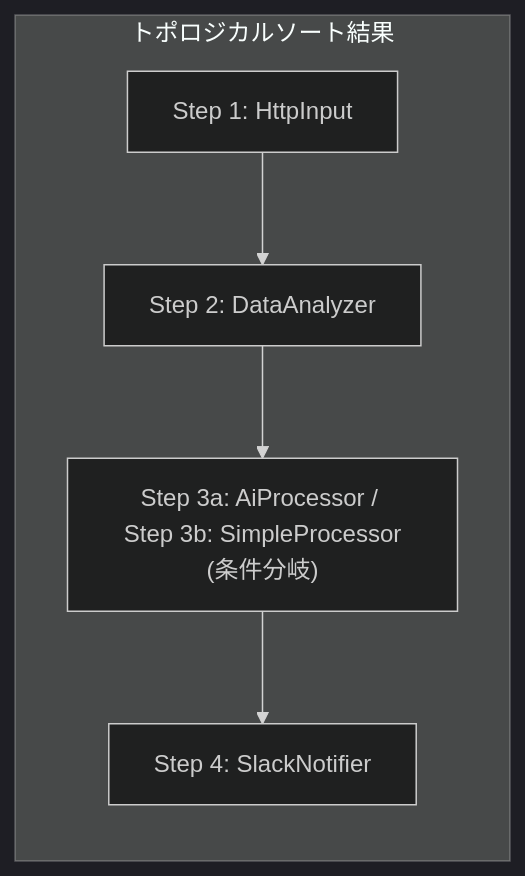
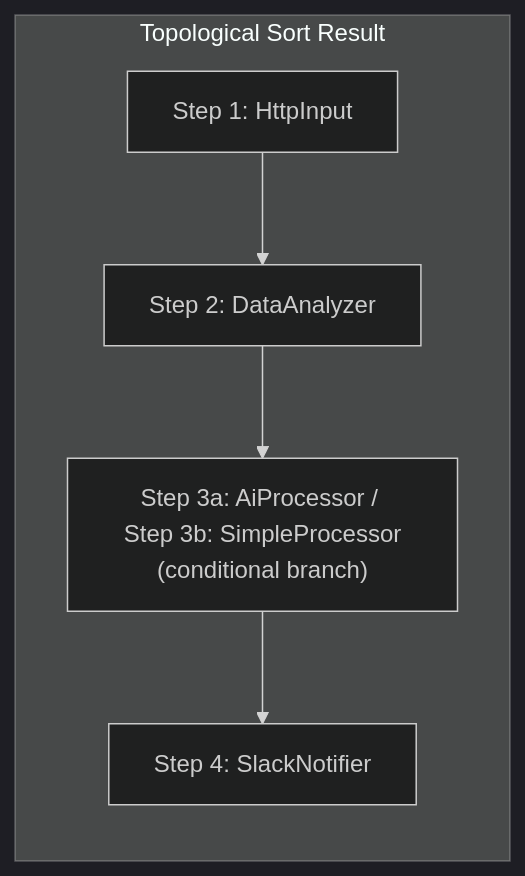
The second of 6 diagrams in docs/content/design/dag-engine.md (smartcrabai/smartcrab), drawn with Mermaid (dark theme) before and after one commit. The commit also changed other lines of this file and 19 other files, not shown here.

````diff
--- a/docs/content/design/dag-engine.md
+++ b/docs/content/design/dag-engine.md
@@ -68,11 +68,11 @@
 ```mermaid
 flowchart TD
-    subgraph "トポロジカルソート結果"
+    subgraph "Topological Sort Result"
         direction TB
         Step1["Step 1: HttpInput"]
         Step2["Step 2: DataAnalyzer"]
-        Step3["Step 3a: AiProcessor / Step 3b: SimpleProcessor<br/>(条件分岐)"]
+        Step3["Step 3a: AiProcessor / Step 3b: SimpleProcessor<br/>(conditional branch)"]
         Step4["Step 4: SlackNotifier"]
     end
     Step1 --> Step2 --> Step3 --> Step4
 ```
````
